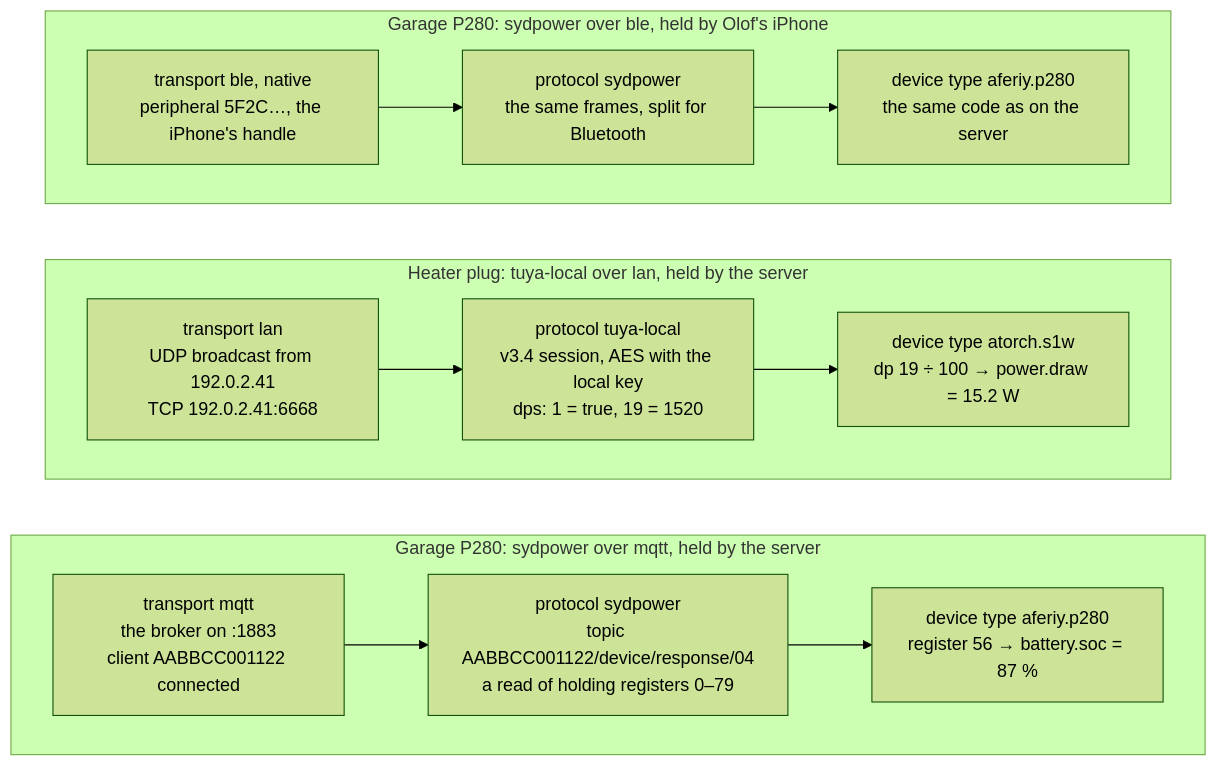
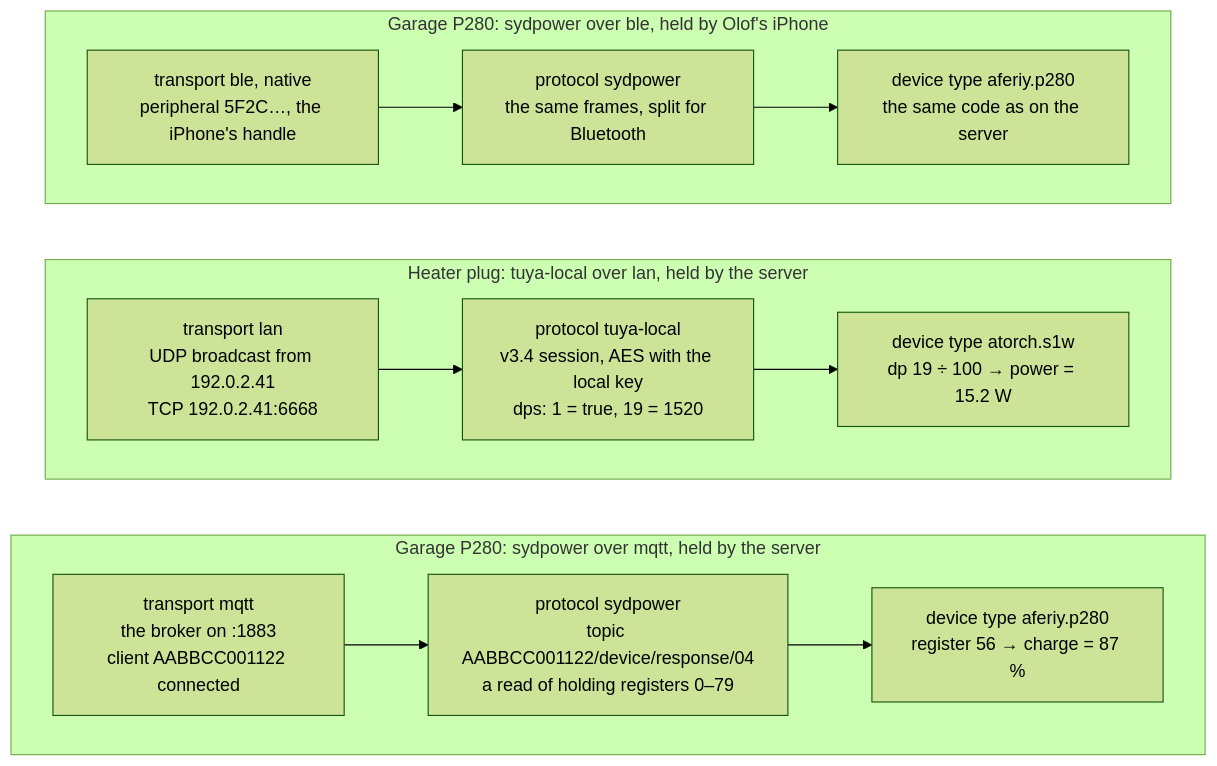
The third of 5 diagrams in docs/DATA-MODEL.md (olofd/kraftverk), drawn with Mermaid (forest theme) before and after one commit. The commit also changed other lines of this file and 78 other files, not shown here.

First line of the commit message:
Each standard meaning is one word: station.charge, charger.power

````diff
--- a/docs/DATA-MODEL.md
+++ b/docs/DATA-MODEL.md
@@ -298,15 +298,15 @@
 ```mermaid
 flowchart LR
   subgraph P280["Garage P280: sydpower over mqtt, held by the server"]
     direction LR
-    T1["transport mqtt<br/>the broker on :1883<br/>client AABBCC001122 connected"] --> P1["protocol sydpower<br/>topic AABBCC001122/device/response/04<br/>a read of holding registers 0–79"] --> D1["device type aferiy.p280<br/>register 56 → battery.soc = 87 %"]
+    T1["transport mqtt<br/>the broker on :1883<br/>client AABBCC001122 connected"] --> P1["protocol sydpower<br/>topic AABBCC001122/device/response/04<br/>a read of holding registers 0–79"] --> D1["device type aferiy.p280<br/>register 56 → charge = 87 %"]
   end
   subgraph PLUG["Heater plug: tuya-local over lan, held by the server"]
     direction LR
-    T2["transport lan<br/>UDP broadcast from 192.0.2.41<br/>TCP 192.0.2.41:6668"] --> P2["protocol tuya-local<br/>v3.4 session, AES with the local key<br/>dps: 1 = true, 19 = 1520"] --> D2["device type atorch.s1w<br/>dp 19 ÷ 100 → power.draw = 15.2 W"]
+    T2["transport lan<br/>UDP broadcast from 192.0.2.41<br/>TCP 192.0.2.41:6668"] --> P2["protocol tuya-local<br/>v3.4 session, AES with the local key<br/>dps: 1 = true, 19 = 1520"] --> D2["device type atorch.s1w<br/>dp 19 ÷ 100 → power = 15.2 W"]
   end
   subgraph PHONE["Garage P280: sydpower over ble, held by Olof's iPhone"]
     direction LR
     T3["transport ble, native<br/>peripheral 5F2C…, the iPhone's handle"] --> P3["protocol sydpower<br/>the same frames, split for Bluetooth"] --> D3["device type aferiy.p280<br/>the same code as on the server"]
   end
 ```
````
